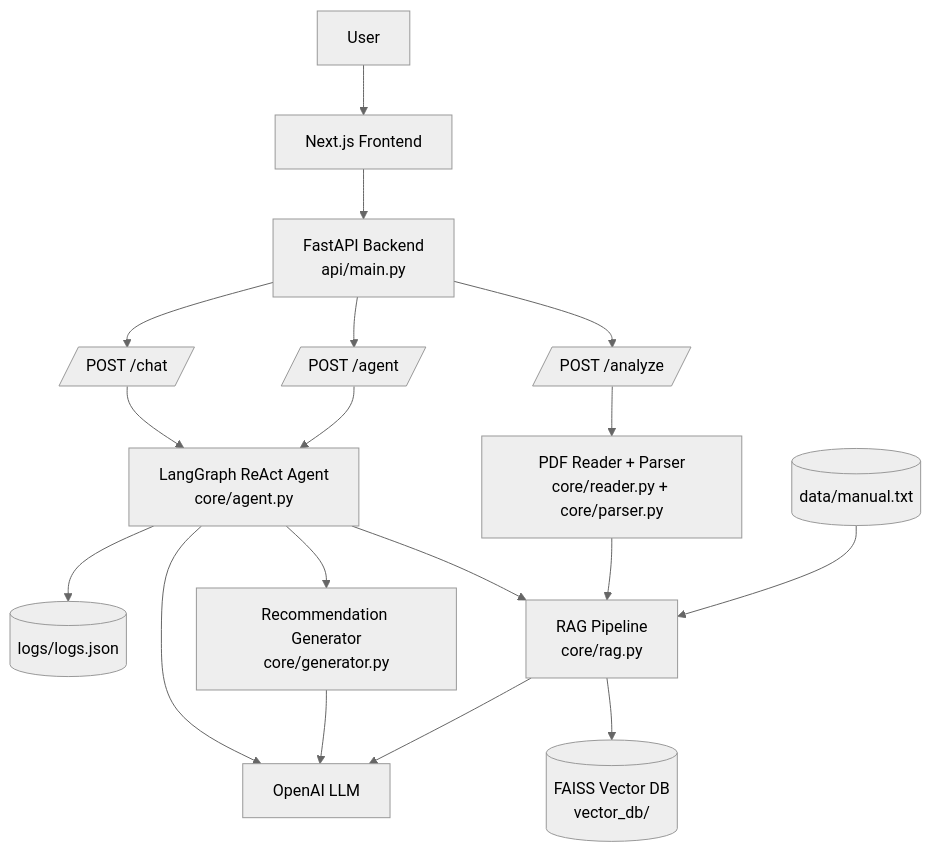
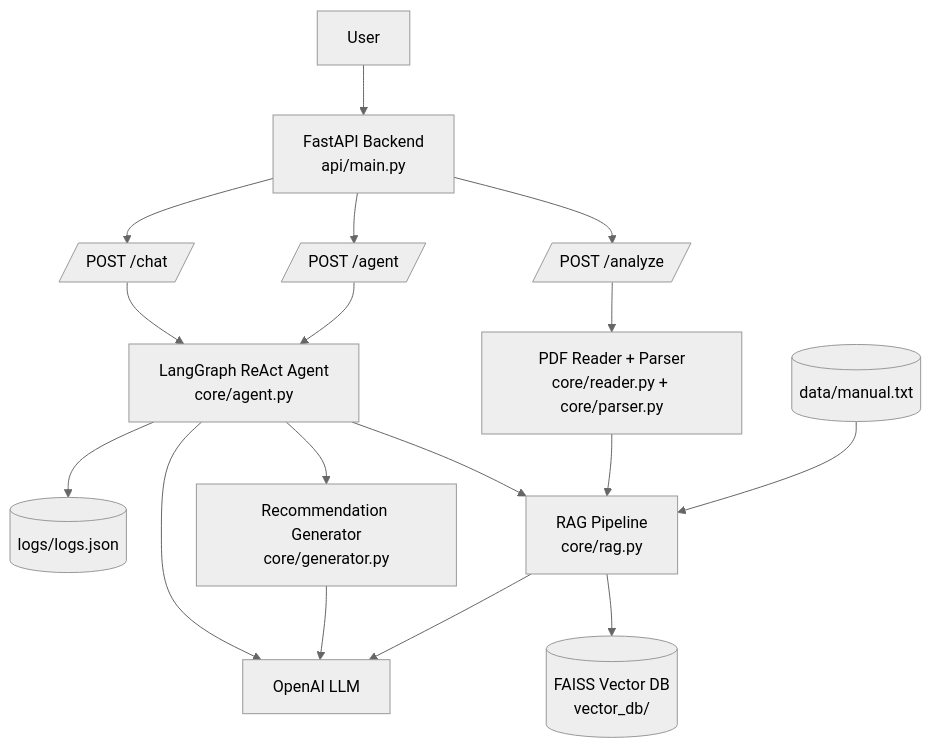
Before and after one commit to amitwaghmare17011994/maintenance_recommendation_agent: the diagram in README.md, drawn with Mermaid (neutral theme). The commit also changed other lines of this file, not shown here.

Commit message:
frontend read me removed

````diff
--- a/README.md
+++ b/README.md
@@ -25,42 +24,40 @@
 ```mermaid
 flowchart TD
     User[User]
-    FE[Next.js Frontend]
     API[FastAPI Backend<br/>api/main.py]
 
     Analyze[/POST /analyze/]
     Agent[/POST /agent/]
     Chat[/POST /chat/]
 
     Parser[PDF Reader + Parser<br/>core/reader.py + core/parser.py]
     AgentCore[LangGraph ReAct Agent<br/>core/agent.py]
     RAG[RAG Pipeline<br/>core/rag.py]
     Generator[Recommendation Generator<br/>core/generator.py]
 
     Manual[(data/manual.txt)]
     VectorDB[(FAISS Vector DB<br/>vector_db/)]
     OpenAI[OpenAI LLM]
     Logs[(logs/logs.json)]
 
-    User --> FE
-    FE --> API
+    User --> API
 
     API --> Analyze
     API --> Agent
     API --> Chat
 
     Analyze --> Parser
     Parser --> RAG
     Manual --> RAG
     RAG --> VectorDB
 
     Agent --> AgentCore
     Chat --> AgentCore
     AgentCore --> RAG
     AgentCore --> Generator
     AgentCore --> OpenAI
 
     RAG --> OpenAI
     Generator --> OpenAI
     AgentCore --> Logs
 ```
````
